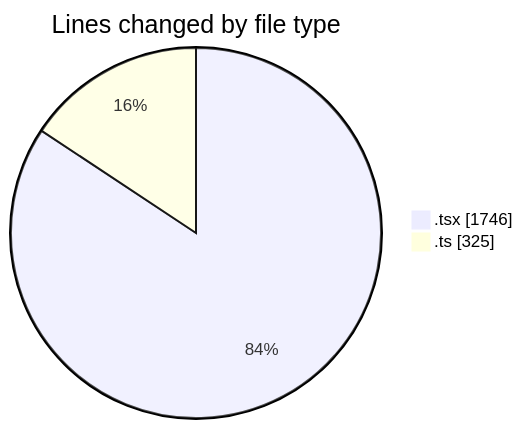
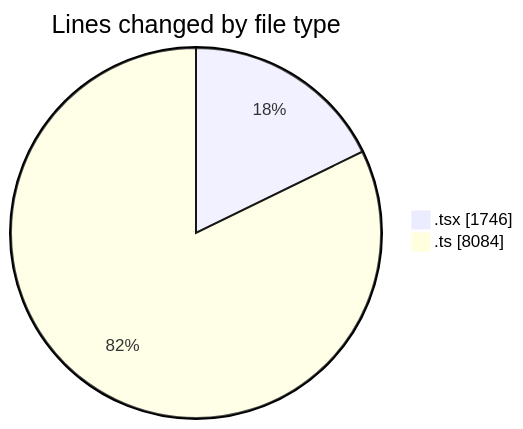
One commit to momahboobian/code-tracking changed the first of 2 diagrams in 2025-07-09/cda/README.md. Above: the diagram before and after it, drawn with Mermaid. The commit also changed other lines of this file and 1 other file, not shown here.

````diff
--- a/2025-07-09/cda/README.md
+++ b/2025-07-09/cda/README.md
@@ -25,6 +26,6 @@
 ```mermaid
 pie showData
 title Lines changed by file type
 ".tsx" : 1746
-".ts" : 325
+".ts" : 8084
 ```
````
